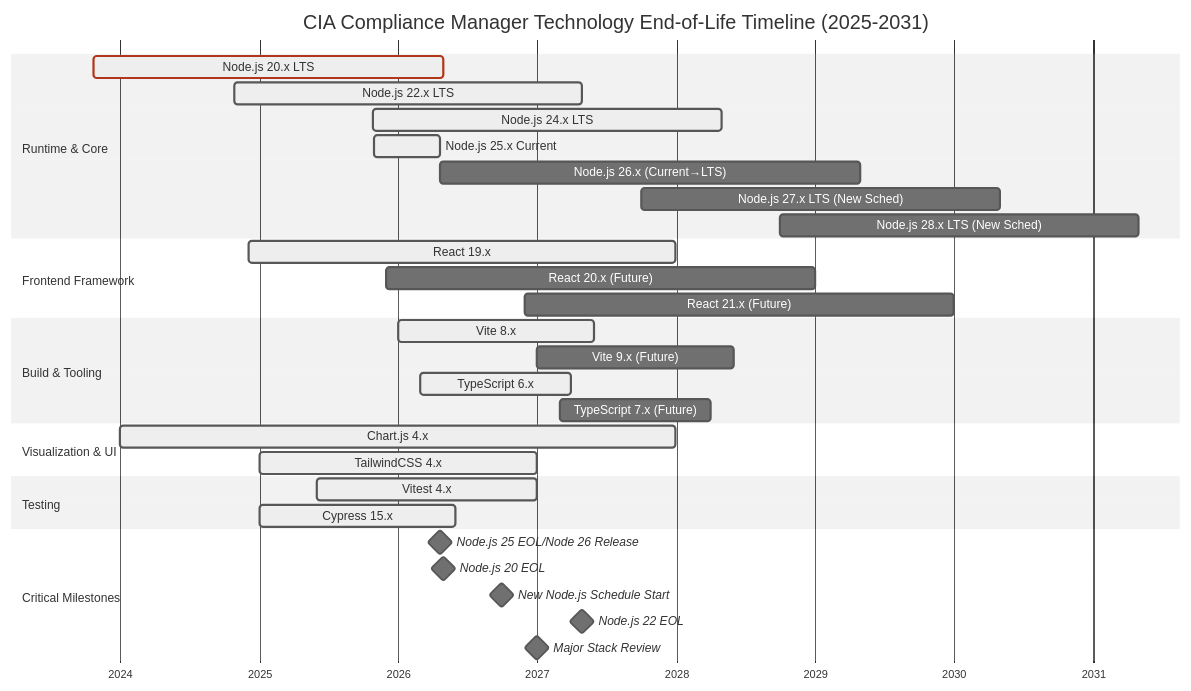
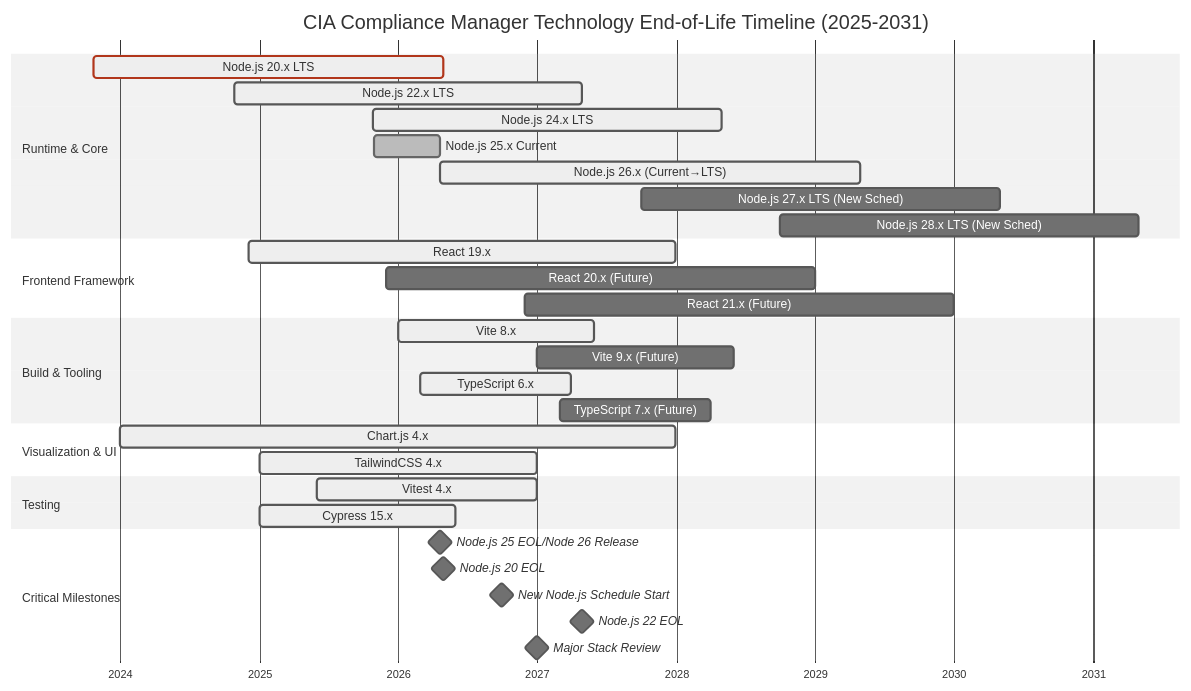
The fourth of 9 diagrams in docs/End-of-Life-Strategy.md (step-security-bot/cia-compliance-manager), drawn with Mermaid (neutral theme) before and after one commit. The commit also changed other lines of this file and 15 other files, not shown here.

````diff
--- a/docs/End-of-Life-Strategy.md
+++ b/docs/End-of-Life-Strategy.md
@@ -366,41 +350,41 @@
 ```mermaid
 gantt
     title CIA Compliance Manager Technology End-of-Life Timeline (2025-2031)
     dateFormat YYYY-MM-DD
     axisFormat %Y
 
     section Runtime & Core
     Node.js 20.x LTS          :crit, active, node20, 2023-10-24, 2026-04-30
     Node.js 22.x LTS          :active, node22, 2024-10-29, 2027-04-30
     Node.js 24.x LTS          :active, node24, 2025-10-28, 2028-04-30
-    Node.js 25.x Current      :active, node25, 2025-10-29, 2026-04-21
-    Node.js 26.x (Current→LTS) :node26, 2026-04-21, 2029-04-30
+    Node.js 25.x Current      :done, node25, 2025-10-29, 2026-04-21
+    Node.js 26.x (Current→LTS) :active, node26, 2026-04-21, 2029-04-30
     Node.js 27.x LTS (New Sched) :node27, 2027-10-01, 2030-04-30
     Node.js 28.x LTS (New Sched) :node28, 2028-10-01, 2031-04-30
 
     section Frontend Framework
     React 19.x                :active, react19, 2024-12-05, 2027-12-31
     React 20.x (Future)       :react20, 2025-12-01, 2028-12-31
     React 21.x (Future)       :react21, 2026-12-01, 2029-12-31
 
     section Build & Tooling
     Vite 8.x                  :active, vite8, 2026-01-01, 2027-06-01
     Vite 9.x (Future)         :vite9, 2027-01-01, 2028-06-01
     TypeScript 6.x            :active, ts6, 2026-03-01, 2027-03-31
     TypeScript 7.x (Future)   :ts7, 2027-03-01, 2028-03-31
 
     section Visualization & UI
     Chart.js 4.x              :active, chartjs4, 2024-01-01, 2027-12-31
     TailwindCSS 4.x           :active, tailwind4, 2025-01-01, 2027-01-01
 
     section Testing
     Vitest 4.x                :active, vitest4, 2025-06-01, 2026-12-31
     Cypress 15.x              :active, cypress15, 2025-01-01, 2026-06-01
 
     section Critical Milestones
     Node.js 25 EOL/Node 26 Release :milestone, node25eol, 2026-04-21, 0d
     Node.js 20 EOL            :milestone, node20eol, 2026-04-30, 0d
     New Node.js Schedule Start :milestone, newschedstart, 2026-10-01, 0d
     Node.js 22 EOL            :milestone, node22eol, 2027-04-30, 0d
     Major Stack Review        :milestone, stackreview, 2027-01-01, 0d
 ```
````
